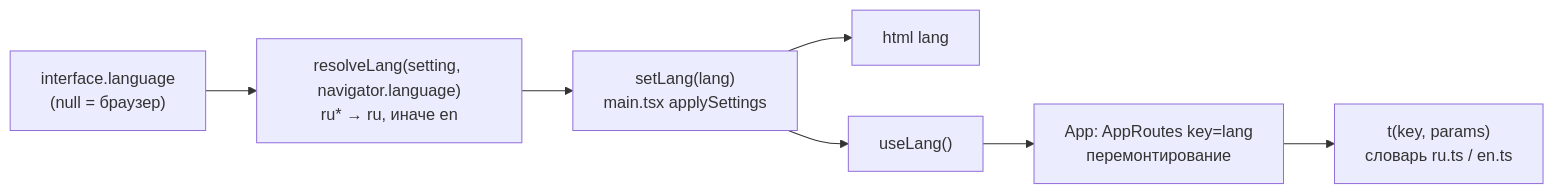
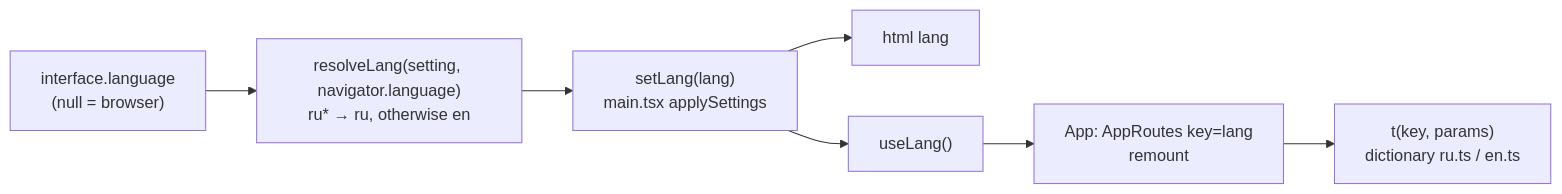
The eighth of 8 diagrams in docs/architecture.md (NikitkaZXC/tcloud-frontend), drawn with Mermaid before and after one commit. The commit also changed other lines of this file and 8 other files, not shown here.

````diff
--- a/docs/architecture.md
+++ b/docs/architecture.md
@@ -272,9 +285,9 @@
 ```mermaid
 flowchart LR
-    set["interface.language<br/>(null = браузер)"] --> resolve["resolveLang(setting, navigator.language)<br/>ru* → ru, иначе en"]
+    set["interface.language<br/>(null = browser)"] --> resolve["resolveLang(setting, navigator.language)<br/>ru* → ru, otherwise en"]
     resolve --> setLang["setLang(lang)<br/>main.tsx applySettings"]
     setLang --> htmlLang["html lang"]
     setLang --> useLang["useLang()"]
-    useLang --> remount["App: AppRoutes key=lang<br/>перемонтирование"]
-    remount --> tcall["t(key, params)<br/>словарь ru.ts / en.ts"]
+    useLang --> remount["App: AppRoutes key=lang<br/>remount"]
+    remount --> tcall["t(key, params)<br/>dictionary ru.ts / en.ts"]
 ```
````
